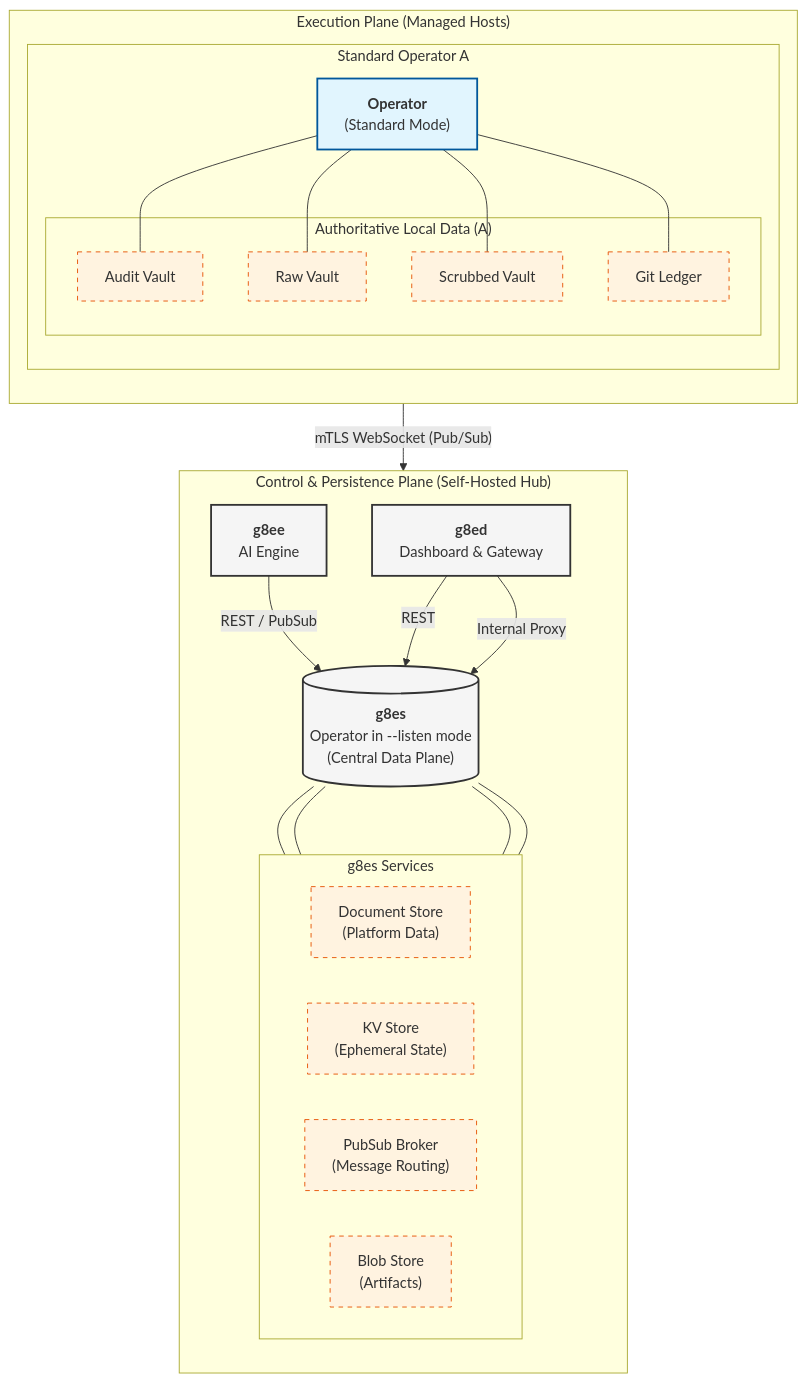
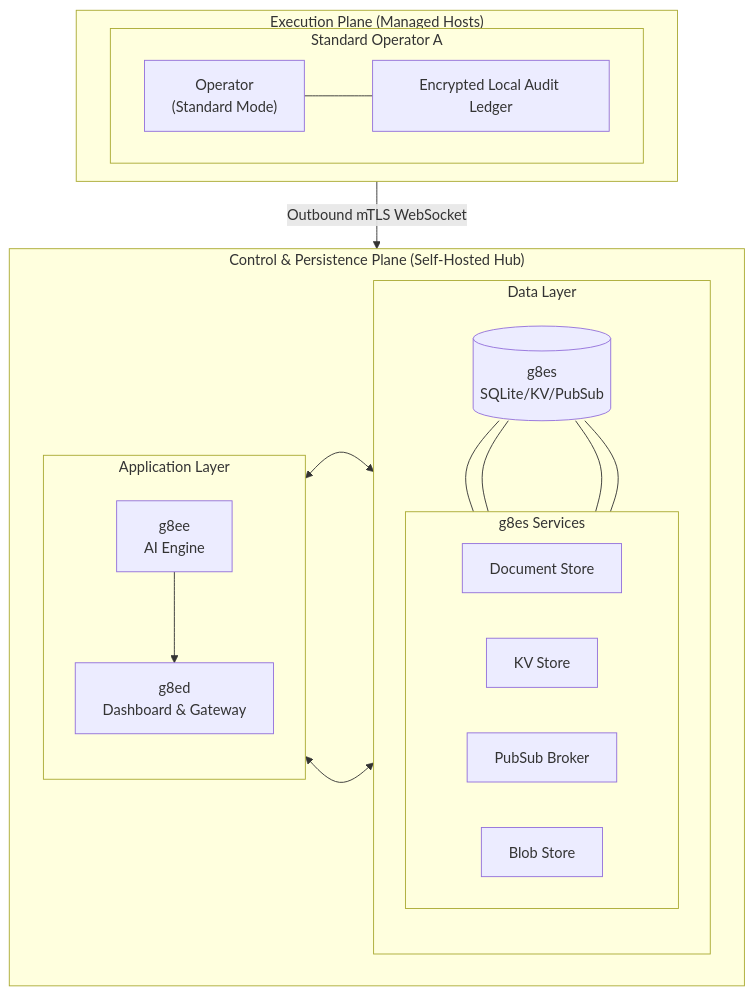
One commit to g8e-ai/g8e changed the diagram in docs/architecture/storage.md. Above: the diagram before and after it, drawn with Mermaid. The commit also changed 3 other files, not shown here.

````diff
--- a/docs/architecture/storage.md
+++ b/docs/architecture/storage.md
@@ -19,55 +19,40 @@
 ```mermaid
-graph TD
-    subgraph "Control & Persistence Plane (Self-Hosted Hub)"
-        direction TB
-        g8es[("<b>g8es</b><br/>Operator in --listen mode<br/>(Central Data Plane)")]
-        
-        subgraph "g8es Services"
-            direction LR
-            DS["Document Store<br/>(Platform Data)"]
-            KS["KV Store<br/>(Ephemeral State)"]
-            PS["PubSub Broker<br/>(Message Routing)"]
-            BS["Blob Store<br/>(Artifacts)"]
+flowchart TD
+    subgraph Hub ["Control & Persistence Plane (Self-Hosted Hub)"]
+        direction LR
+        subgraph App ["Application Layer"]
+            direction TB
+            g8ed["g8ed<br/>Dashboard & Gateway"]
+            g8ee["g8ee<br/>AI Engine"]
+            g8ee --> g8ed
         end
-        g8es --- DS
-        g8es --- KS
-        g8es --- PS
-        g8es --- BS
-        
-        g8ee["<b>g8ee</b><br/>AI Engine"]
-        g8ed["<b>g8ed</b><br/>Dashboard & Gateway"]
-        
-        g8ee -- "REST / PubSub" --> g8es
-        g8ed -- "REST" --> g8es
+
+        subgraph Data ["Data Layer"]
+            direction TB
+            g8es[("g8es<br/>SQLite/KV/PubSub")]
+            subgraph "g8es Services"
+                direction LR
+                DS["Document Store"]
+                KS["KV Store"]
+                PS["PubSub Broker"]
+                BS["Blob Store"]
+            end
+            g8es --- DS
+            g8es --- KS
+            g8es --- PS
+            g8es --- BS
+        end
+
+        g8ed <--> g8es
+        g8ee <--> g8es
     end
 
-    subgraph "Execution Plane (Managed Hosts)"
-        direction TB
-        subgraph "Standard Operator A"
-            OPA["<b>Operator</b><br/>(Standard Mode)"]
-            subgraph "Authoritative Local Data (A)"
-                AVA["Audit Vault"]
-                RVA["Raw Vault"]
-                SVA["Scrubbed Vault"]
-                LGA["Git Ledger"]
-            end
-            OPA --- AVA
-            OPA --- RVA
-            OPA --- SVA
-            OPA --- LGA
+    subgraph EP_A ["Execution Plane (Managed Hosts)"]
+        direction LR
+        subgraph OPA_Node ["Standard Operator A"]
+            OPA["Operator<br/>(Standard Mode)"] --- LGA["Encrypted Local Audit Ledger"]
         end
     end
 
-    %% Data Paths
-    OPA -- "mTLS WebSocket (Pub/Sub)" --> g8ed
-    g8ed -- "Internal Proxy" --> g8es
-    
-    %% Annotations
-    classDef hub fill:#f5f5f5,stroke:#333,stroke-width:2px;
-    classDef operator fill:#e1f5fe,stroke:#01579b,stroke-width:2px;
-    classDef storage fill:#fff3e0,stroke:#e65100,stroke-dasharray: 5 5;
-    
-    class g8es,g8ee,g8ed hub;
-    class OPA operator;
-    class DS,KS,PS,BS,AVA,RVA,SVA,LGA storage;
+    OPA -- "Outbound mTLS WebSocket" --> g8ed
 ```
````
